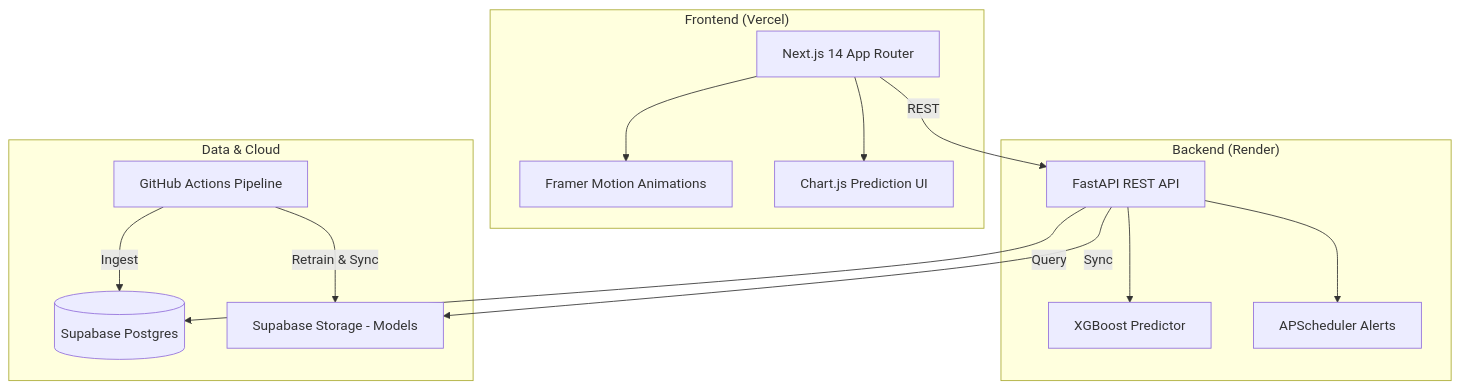
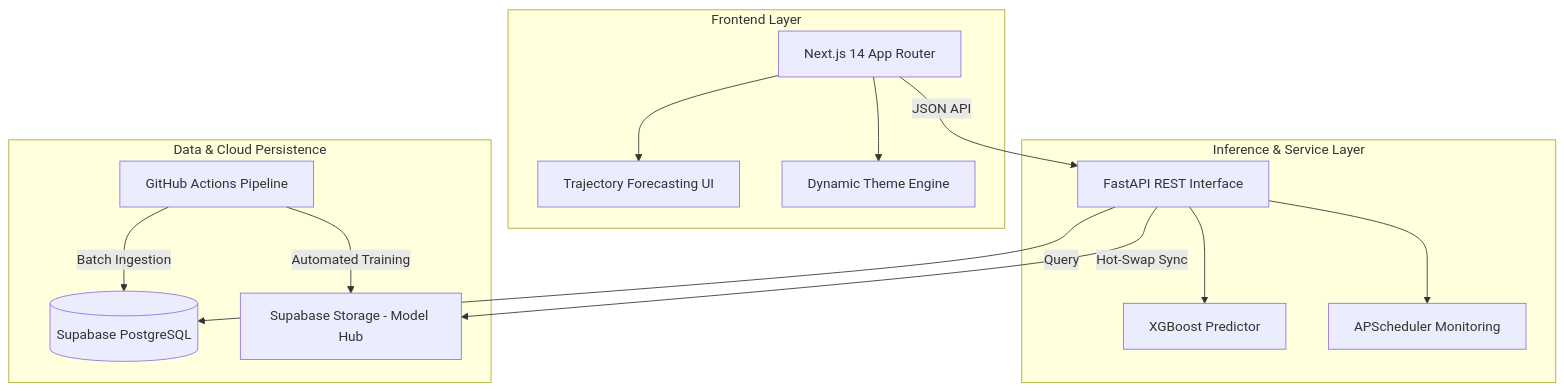
The diagram in README.md (chandrasekharthapa/SkyMind), drawn with Mermaid before and after one commit. The commit also changed other lines of this file and 9 other files, not shown here.

````diff
--- a/README.md
+++ b/README.md
@@ -21,24 +39,24 @@
 ```mermaid
 graph TD
-    subgraph "Frontend (Vercel)"
-        A[Next.js 14 App Router] --> B[Framer Motion Animations]
-        A --> C[Chart.js Prediction UI]
+    subgraph "Frontend Layer"
+        A[Next.js 14 App Router] --> B[Trajectory Forecasting UI]
+        A --> C[Dynamic Theme Engine]
     end
 
-    subgraph "Backend (Render)"
-        D[FastAPI REST API] --> E[XGBoost Predictor]
-        D --> F[APScheduler Alerts]
+    subgraph "Inference & Service Layer"
+        D[FastAPI REST Interface] --> E[XGBoost Predictor]
+        D --> F[APScheduler Monitoring]
     end
 
-    subgraph "Data & Cloud"
-        G[(Supabase Postgres)]
-        H[Supabase Storage - Models]
+    subgraph "Data & Cloud Persistence"
+        G[(Supabase PostgreSQL)]
+        H[Supabase Storage - Model Hub]
         I[GitHub Actions Pipeline]
     end
 
-    A -- REST --> D
+    A -- JSON API --> D
     D -- Query --> G
-    I -- Retrain & Sync --> H
-    D -- Sync --> H
-    I -- Ingest --> G
+    I -- Automated Training --> H
+    D -- Hot-Swap Sync --> H
+    I -- Batch Ingestion --> G
 ```
````
